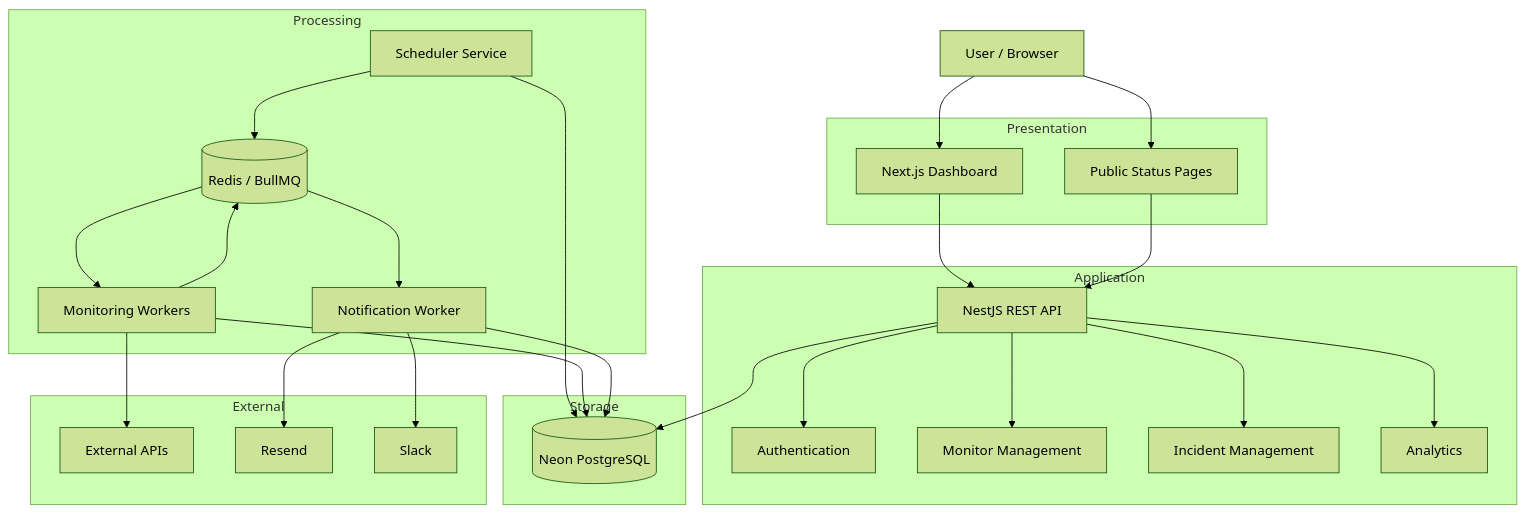
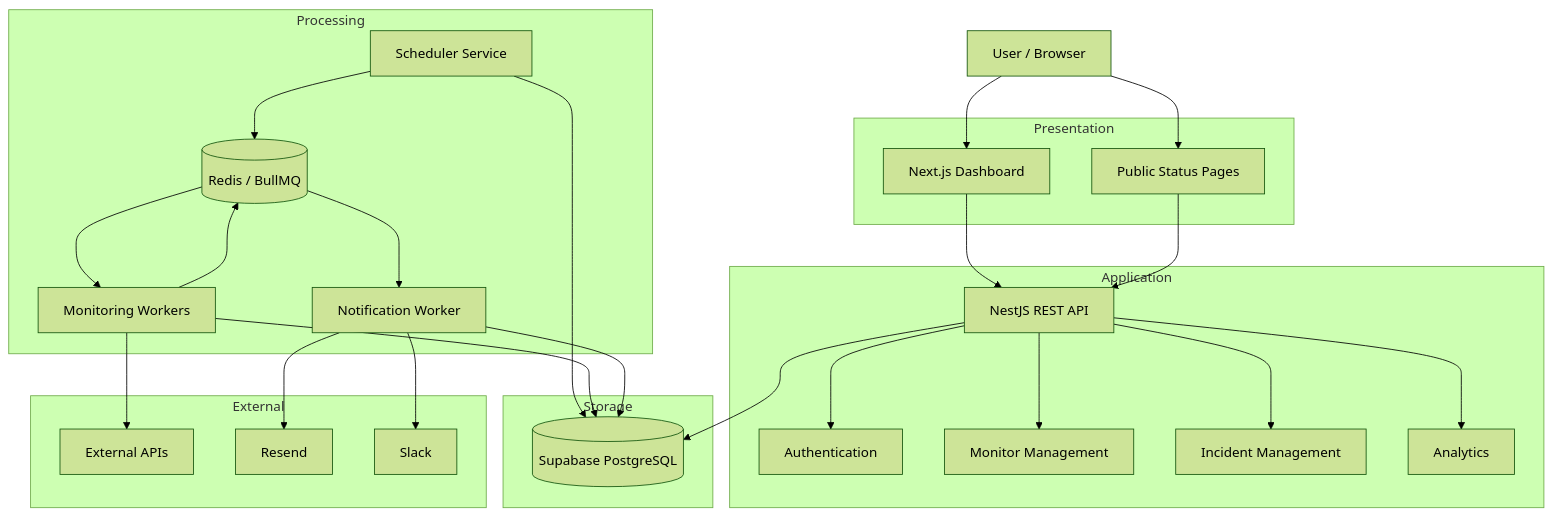
The first of 5 diagrams in docs/ARCHITECTURE.md (alokprasad573/PulseWatch), drawn with Mermaid (forest theme) before and after one commit. The commit also changed 8 other files, not shown here.

````diff
--- a/docs/ARCHITECTURE.md
+++ b/docs/ARCHITECTURE.md
@@ -113,59 +113,59 @@
 ```mermaid
 flowchart TB
     USER[User / Browser]
 
     subgraph Presentation
         WEB[Next.js Dashboard]
         STATUS[Public Status Pages]
     end
 
     subgraph Application
         API[NestJS REST API]
         AUTH[Authentication]
         MON[Monitor Management]
         INC[Incident Management]
         ANALYTICS[Analytics]
     end
 
     subgraph Processing
         SCHED[Scheduler Service]
         QUEUE[(Redis / BullMQ)]
         WORKER[Monitoring Workers]
         NOTIFY[Notification Worker]
     end
 
     subgraph Storage
-        DB[(Neon PostgreSQL)]
+        DB[(Supabase PostgreSQL)]
     end
 
     subgraph External
         TARGET[External APIs]
         EMAIL[Resend]
         SLACK[Slack]
     end
 
     USER --> WEB
     USER --> STATUS
     WEB --> API
     STATUS --> API
 
     API --> AUTH
     API --> MON
     API --> INC
     API --> ANALYTICS
 
     API --> DB
     SCHED --> DB
     SCHED --> QUEUE
 
     QUEUE --> WORKER
     QUEUE --> NOTIFY
 
     WORKER --> TARGET
     WORKER --> DB
     WORKER --> QUEUE
 
     NOTIFY --> EMAIL
     NOTIFY --> SLACK
     NOTIFY --> DB
 ```
````
